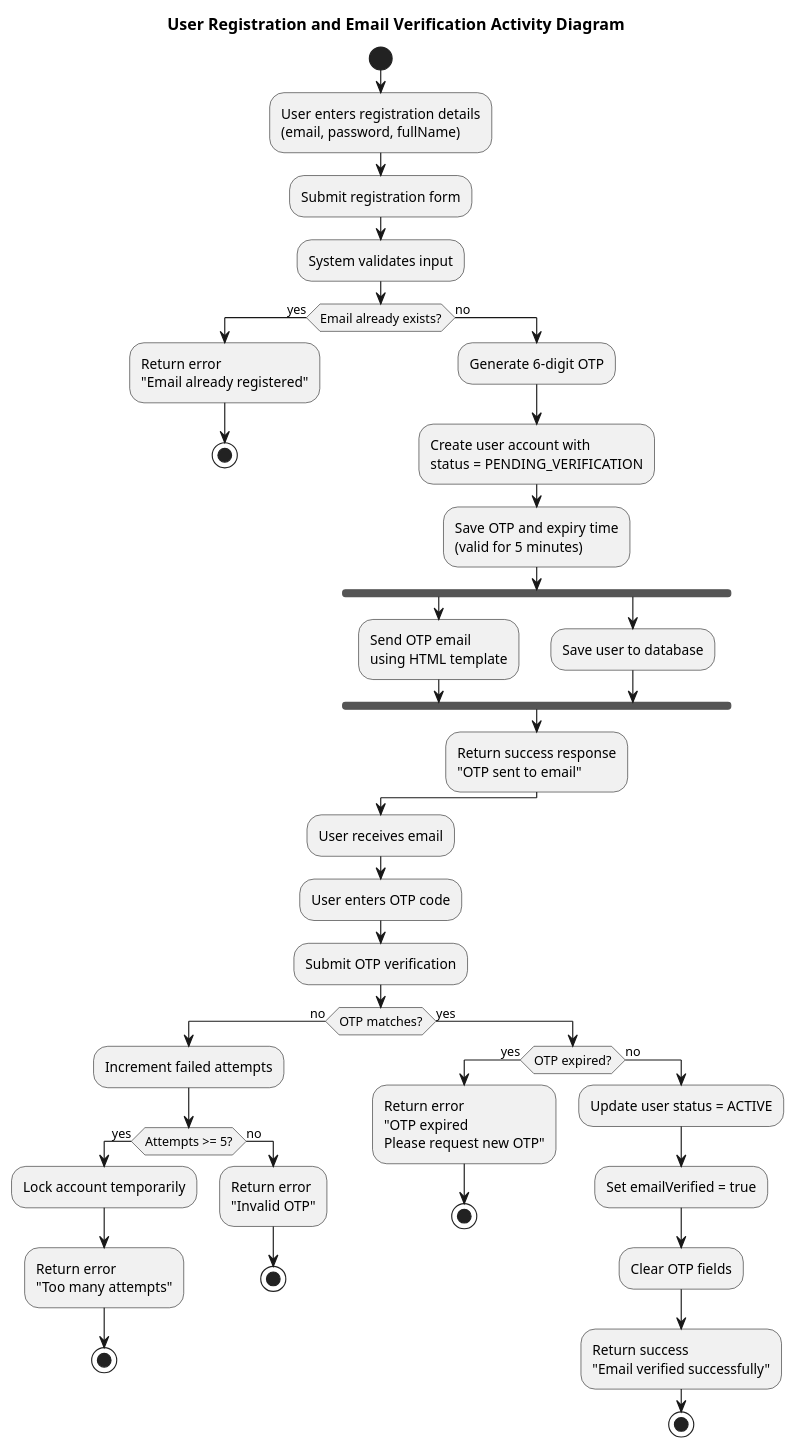
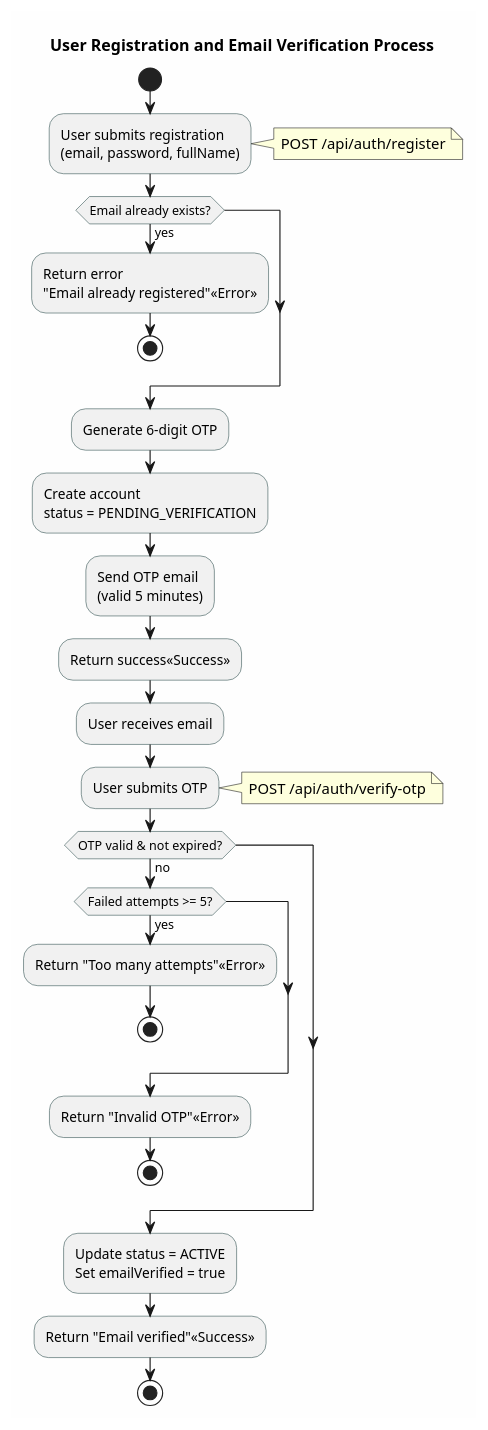
Before and after one commit to AI-powered-step-by-step-food-ordering/BE_SWD: the first of 7 diagrams in diagrams/05_Activity_Diagrams.md, drawn with PlantUML. The commit also changed other lines of this file and 138 other files, not shown here.

Commit message:
Add migration guides and update diagrams for UUID changes

````diff
--- a/diagrams/05_Activity_Diagrams.md
+++ b/diagrams/05_Activity_Diagrams.md
@@ -5,66 +5,50 @@
 ```plantuml
 @startuml
-title User Registration and Email Verification Activity Diagram
+skinparam backgroundColor #FEFEFE
+skinparam activity {
+  BackgroundColor<< Success >> LightGreen
+  BackgroundColor<< Error >> LightCoral
+  BorderColor DarkSlateGray
+  FontName Arial
+}
+
+title User Registration and Email Verification Process
 
 start
-
-:User enters registration details\n(email, password, fullName);
-
-:Submit registration form;
-
-:System validates input;
+:User submits registration
+(email, password, fullName);
+note right: POST /api/auth/register
 
 if (Email already exists?) then (yes)
-  :Return error\n"Email already registered";
+  :Return error
+  "Email already registered"<< Error >>;
   stop
-else (no)
-  :Generate 6-digit OTP;
-  
-  :Create user account with\nstatus = PENDING_VERIFICATION;
-  
-  :Save OTP and expiry time\n(valid for 5 minutes);
-  
-  fork
-    :Send OTP email\nusing HTML template;
-  fork again
-    :Save user to database;
-  end fork
-  
-  :Return success response\n"OTP sent to email";
 endif
 
+:Generate 6-digit OTP;
+:Create account
+status = PENDING_VERIFICATION;
+:Send OTP email
+(valid 5 minutes);
+:Return success<< Success >>;
+
 :User receives email;
+:User submits OTP;
+note right: POST /api/auth/verify-otp
 
-:User enters OTP code;
-
-:Submit OTP verification;
-
-if (OTP matches?) then (no)
-  :Increment failed attempts;
-  if (Attempts >= 5?) then (yes)
-    :Lock account temporarily;
-    :Return error\n"Too many attempts";
-    stop
-  else (no)
-    :Return error\n"Invalid OTP";
+if (OTP valid & not expired?) then (no)
+  if (Failed attempts >= 5?) then (yes)
+    :Return "Too many attempts"<< Error >>;
     stop
   endif
-else (yes)
-  if (OTP expired?) then (yes)
-    :Return error\n"OTP expired\nPlease request new OTP";
-    stop
-  else (no)
-    :Update user status = ACTIVE;
-    
-    :Set emailVerified = true;
-    
-    :Clear OTP fields;
-    
-    :Return success\n"Email verified successfully";
-    
-    stop
-  endif
+  :Return "Invalid OTP"<< Error >>;
+  stop
 endif
+
+:Update status = ACTIVE
+Set emailVerified = true;
+:Return "Email verified"<< Success >>;
+stop
 
 @enduml
 ```
````
